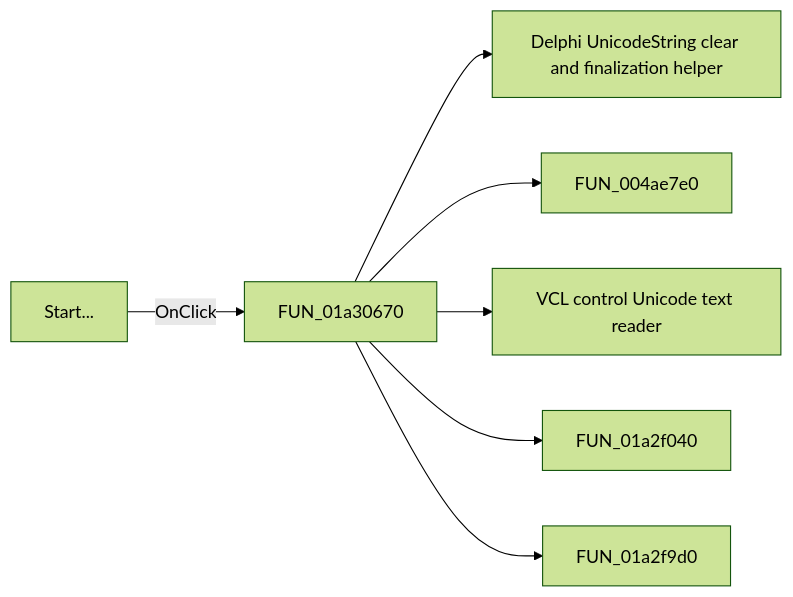
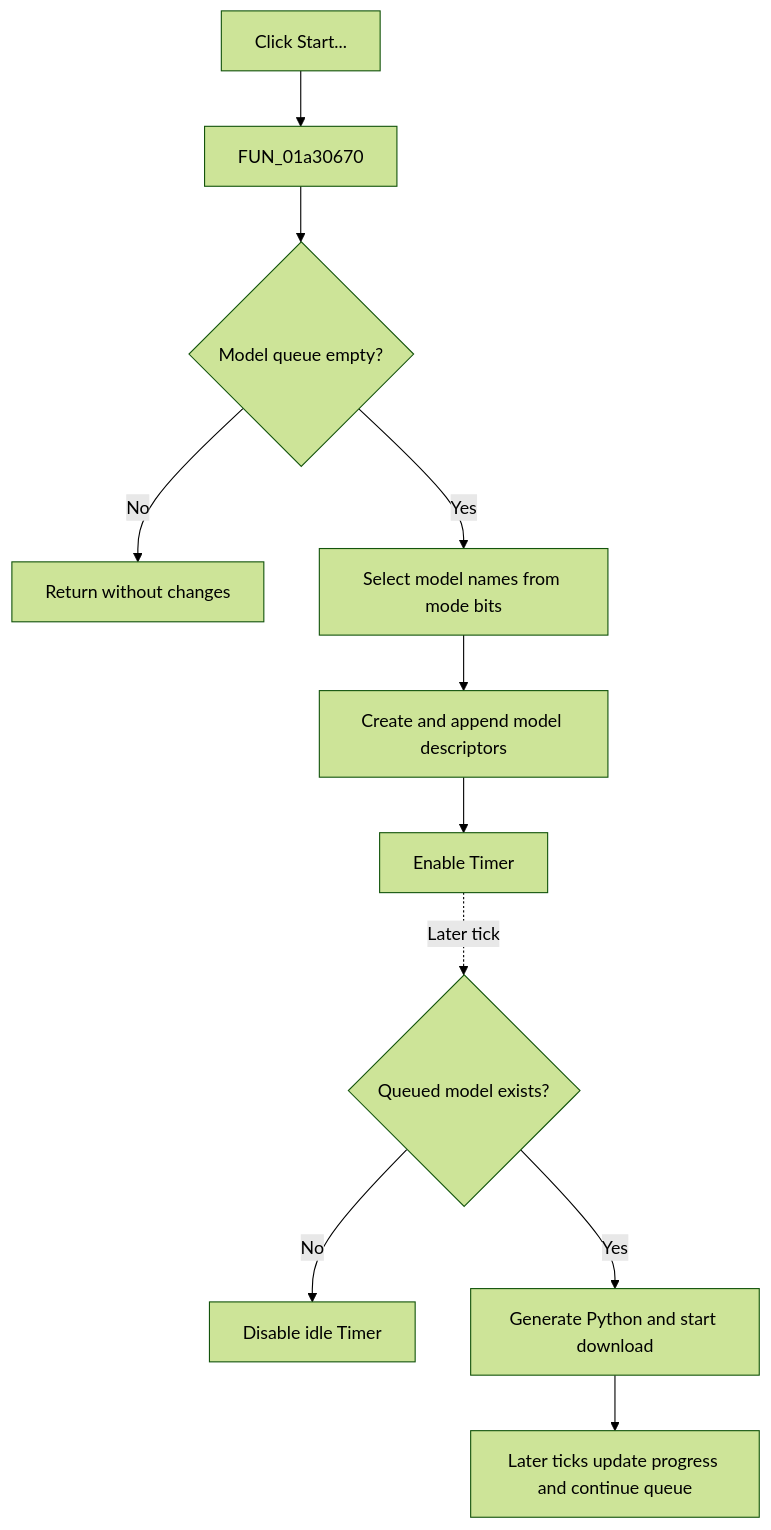
The diagram in docs/ui-controls/ollamadownload/bstart-1048770a3f.md (MovGP0/TIARA), drawn with Mermaid (forest theme) before and after one commit. The commit also changed other lines of this file and 1062 other files, not shown here.

````diff
--- a/docs/ui-controls/ollamadownload/bstart-1048770a3f.md
+++ b/docs/ui-controls/ollamadownload/bstart-1048770a3f.md
@@ -27,9 +40,13 @@
 ```mermaid
-flowchart LR
-    control["Start..."] -->|OnClick| handler["FUN_01a30670"]
-    handler --> call1["Delphi UnicodeString clear and finalization helper"]
-    handler --> call2["FUN_004ae7e0"]
-    handler --> call3["VCL control Unicode text reader"]
-    handler --> call4["FUN_01a2f040"]
-    handler --> call5["FUN_01a2f9d0"]
+flowchart TD
+    control["Click Start..."] --> handler["FUN_01a30670"]
+    handler --> empty{"Model queue empty?"}
+    empty -->|No| noOp["Return without changes"]
+    empty -->|Yes| mode["Select model names from mode bits"]
+    mode --> descriptor["Create and append model descriptors"]
+    descriptor --> timer["Enable Timer"]
+    timer -.->|Later tick| queued{"Queued model exists?"}
+    queued -->|No| disable["Disable idle Timer"]
+    queued -->|Yes| launch["Generate Python and start download"]
+    launch --> poll["Later ticks update progress and continue queue"]
 ```
````
